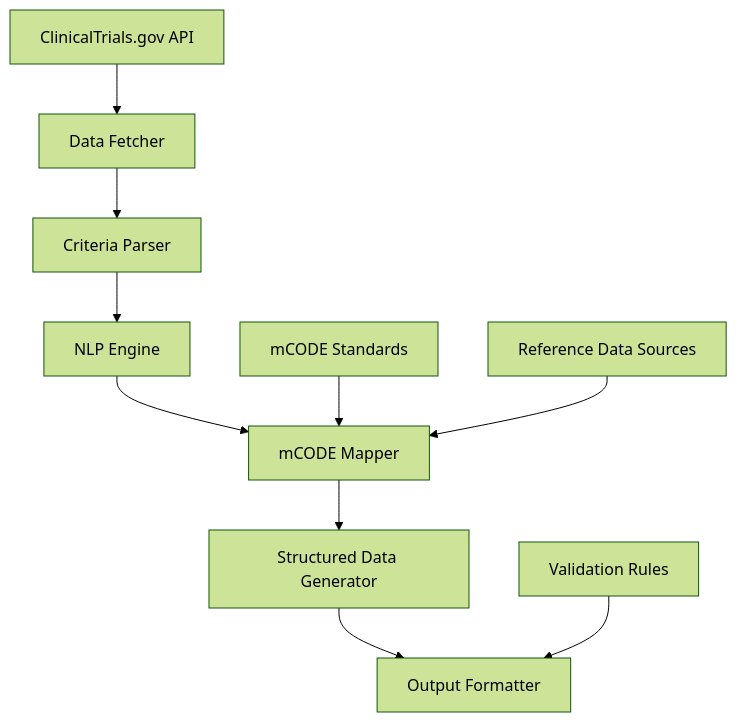
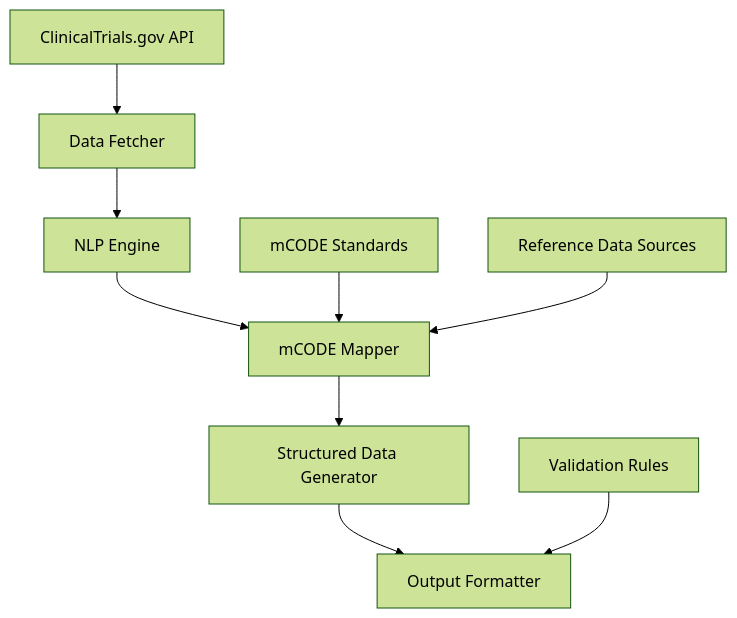
Before and after one commit to HadleyLab/mcode_translator: the diagram in docs/architecture/mcode_translator_summary.md, drawn with Mermaid (forest theme). The commit also changed other lines of this file and 17 other files, not shown here.

````diff
--- a/docs/architecture/mcode_translator_summary.md
+++ b/docs/architecture/mcode_translator_summary.md
@@ -9,12 +11,11 @@
 ```mermaid
 graph TD
     A[ClinicalTrials.gov API] --> B[Data Fetcher]
-    B --> C[Criteria Parser]
-    C --> D[NLP Engine]
+    B --> D[NLP Engine]
     D --> E[mCODE Mapper]
     E --> F[Structured Data Generator]
     F --> G[Output Formatter]
     H[mCODE Standards] --> E
     I[Reference Data Sources] --> E
     J[Validation Rules] --> G
 ```
````
